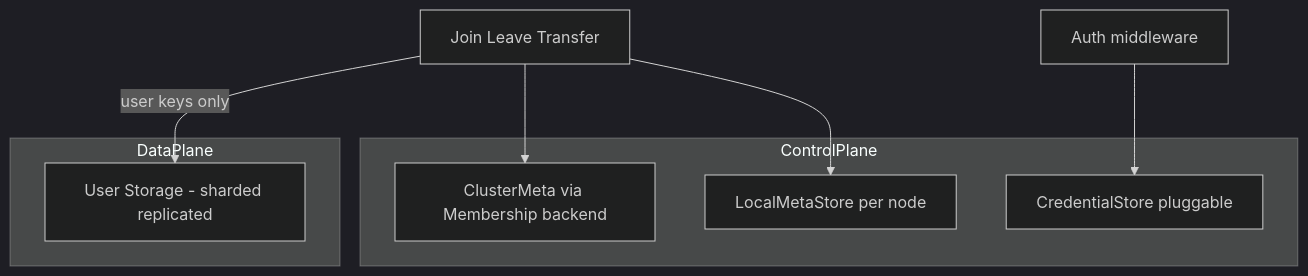
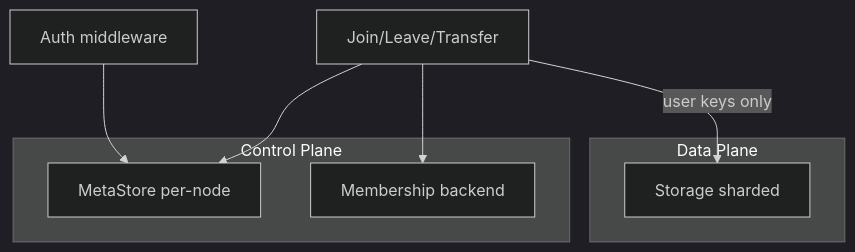
Before and after one commit to antgobar/kvstore: the first of 4 diagrams in DESIGN.md, drawn with Mermaid (dark theme). The commit also changed other lines of this file and 1 other file, not shown here.

Commit message:
Refactor design documentation to streamline plugin architecture descriptions, enhance clarity on interface-driven components, and improve the organization of deployment modes. Remove USE_CASES.md as it is no longer needed, consolidating relevant information into DESIGN.md.

````diff
--- a/DESIGN.md
+++ b/DESIGN.md
@@ -41,15 +37,14 @@
 ```mermaid
 flowchart TB
-  subgraph dataPlane [DataPlane]
-    UserKV[User Storage - sharded replicated]
+  subgraph dataPlane [Data Plane]
+    UserKV[Storage sharded]
   end
-  subgraph controlPlane [ControlPlane]
-    LocalMeta[LocalMetaStore per node]
-    ClusterMeta[ClusterMeta via Membership backend]
-    CredentialStore[CredentialStore pluggable]
+  subgraph controlPlane [Control Plane]
+    LocalMeta[MetaStore per-node]
+    ClusterMeta[Membership backend]
   end
-  JoinLeave[Join Leave Transfer] --> LocalMeta
+  JoinLeave[Join/Leave/Transfer] --> LocalMeta
   JoinLeave --> ClusterMeta
   JoinLeave -->|"user keys only"| UserKV
-  Auth[Auth middleware] --> CredentialStore
+  Auth[Auth middleware] --> LocalMeta
 ```
````
